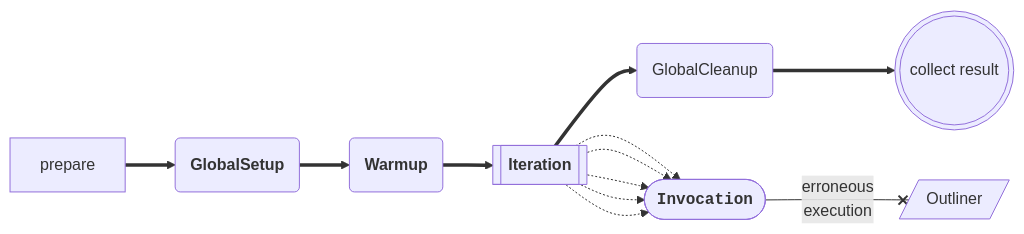
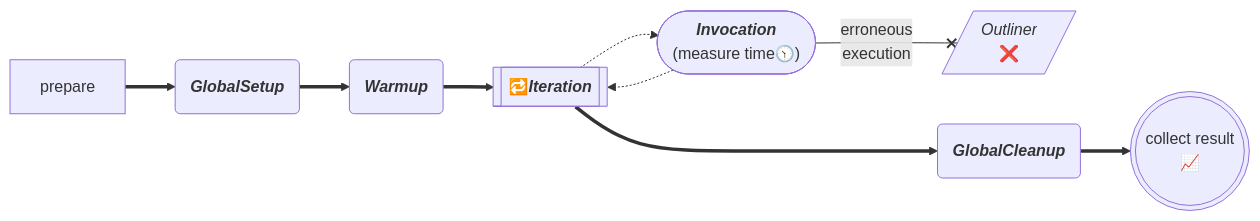
One commit to windperson/Hello_World_devconf_2024-slide changed the diagram in slides/BDN_tutorial/_bdn_tutorial.qmd. Above: the diagram before and after it, drawn with Mermaid. The commit also changed other lines of this file and 2 other files, not shown here.

Commit message:
Flow diagram refinement

````diff
--- a/slides/BDN_tutorial/_bdn_tutorial.qmd
+++ b/slides/BDN_tutorial/_bdn_tutorial.qmd
@@ -58,14 +59,11 @@
 ```{mermaid}
 flowchart LR
-  A[prepare] ==> B("<b>GlobalSetup</b>")
-  B ==> C("<b>Warmup</b>")
-  C ==> D[["<b>Iteration</b>"]]
-  E1 --erroneous<br/>execution--x X[/Outliner/]
-  D ==> F(GlobalCleanup)
-  F ==> G((("collect result")))
-  D -.-> E1(["<b><code>Invocation</code></b>"])
-  D -.-> E1(["<b><code>Invocation</code></b>"])
-  D -.-> E1(["<b><code>Invocation</code></b>"])
-  D -.-> E1(["<b><code>Invocation</code></b>"])
-  D -.-> E1(["<b><code>Invocation</code></b>"])
+  A[prepare] ==> B("<em><b>GlobalSetup</b></em>")
+  B ==> C("<em><b>Warmup</b></em>")
+  C ==> D[["🔁<em><b>Iteration</b></em>"]]
+  E1 --erroneous<br/>execution--x X[/"<em>Outliner</em><br/>❌"/]
+  D ===> F("<em><b>GlobalCleanup</b></em>")
+  F ==> G((("collect result<br/>📈")))
+  D -.-> E1(["<em><b>Invocation</b></em><br/>(measure time🕥)"])
+  E1 -.-> D
 ```
````
